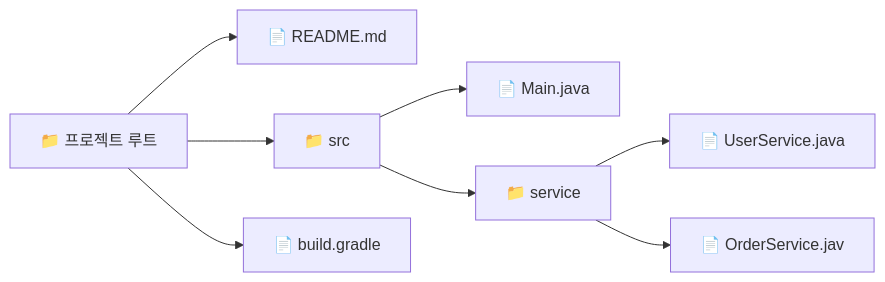
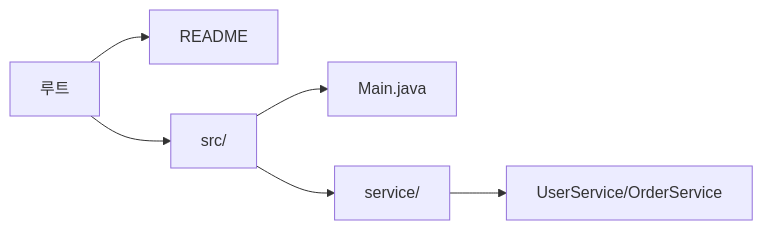
The fourth of 7 diagrams in _posts/designPattern/2022-01-25-DesignPattern.md (yjkim2015/yjkim2015.github.io), drawn with Mermaid before and after one commit. The commit also changed other lines of this file and 163 other files, not shown here.

First line of the commit message:
Mermaid 300개 블록 내용 축소: 5노드 5엣지 이하, 의미 있는 약어

````diff
--- a/_posts/designPattern/2022-01-25-DesignPattern.md
+++ b/_posts/designPattern/2022-01-25-DesignPattern.md
@@ -119,10 +119,8 @@
 ```mermaid
 graph LR
-    A["📁 프로젝트 루트"] --> B["📄 README.md"]
-    A --> C["📁 src"]
-    A --> D["📄 build.gradle"]
-    C --> E["📄 Main.java"]
-    C --> F["📁 service"]
-    F --> G["📄 UserService.java"]
-    F --> H["📄 OrderService.jav"]
+    A["루트"] --> B["README"]
+    A --> C["src/"]
+    C --> E["Main.java"]
+    C --> F["service/"]
+    F --> G["UserService/OrderService"]
 ```
````
